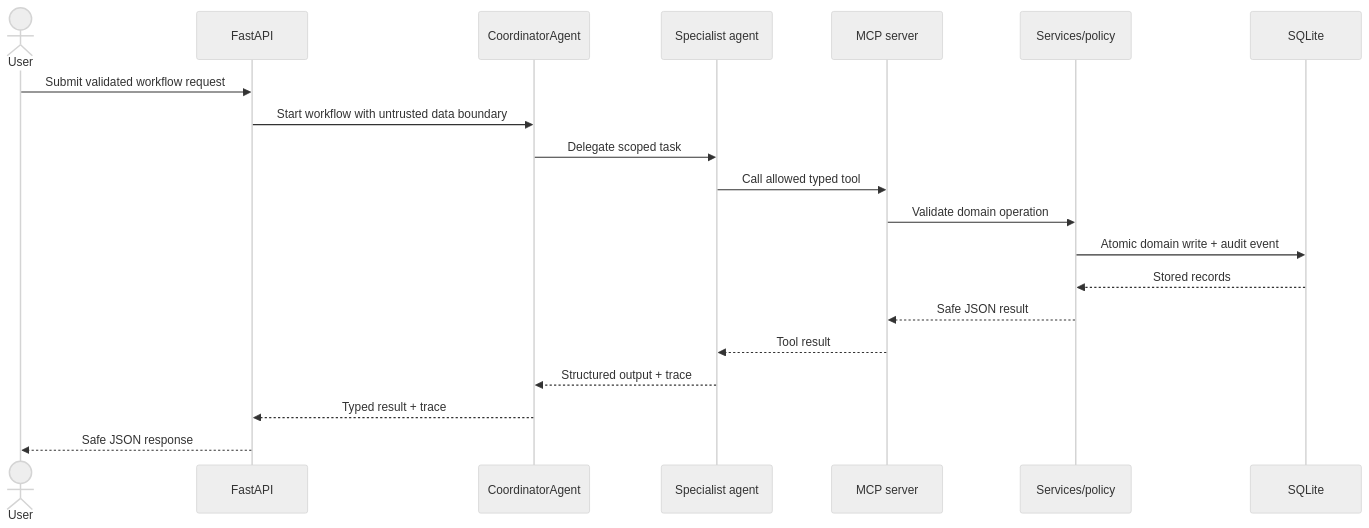
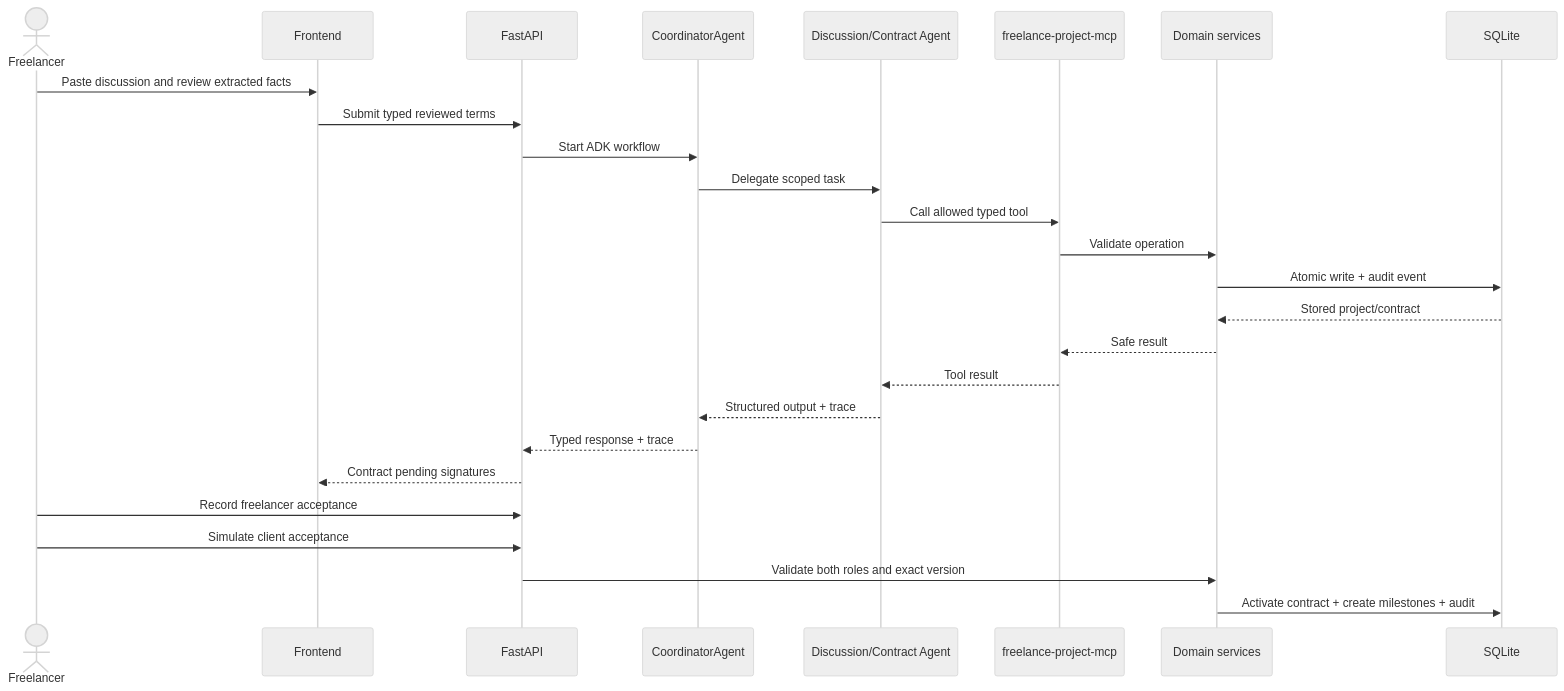
One commit to chaziyu/freelance-shield-ai changed the second of 3 diagrams in docs/ARCHITECTURE.md. Above: the diagram before and after it, drawn with Mermaid (neutral theme). The commit also changed other lines of this file and 8 other files, not shown here.

Commit message:
docs: revise product as contract-driven communication agent

````diff
--- a/docs/ARCHITECTURE.md
+++ b/docs/ARCHITECTURE.md
@@ -68,23 +73,29 @@
 ```mermaid
 sequenceDiagram
-    actor U as User
+    actor F as Freelancer
+    participant UI as Frontend
     participant API as FastAPI
     participant C as CoordinatorAgent
-    participant A as Specialist agent
-    participant M as MCP server
-    participant S as Services/policy
-    participant D as SQLite
+    participant A as Discussion/Contract Agent
+    participant MCP as freelance-project-mcp
+    participant S as Domain services
+    participant DB as SQLite
 
-    U->>API: Submit validated workflow request
-    API->>C: Start workflow with untrusted data boundary
+    F->>UI: Paste discussion and review extracted facts
+    UI->>API: Submit typed reviewed terms
+    API->>C: Start ADK workflow
     C->>A: Delegate scoped task
-    A->>M: Call allowed typed tool
-    M->>S: Validate domain operation
-    S->>D: Atomic domain write + audit event
-    D-->>S: Stored records
-    S-->>M: Safe JSON result
-    M-->>A: Tool result
+    A->>MCP: Call allowed typed tool
+    MCP->>S: Validate operation
+    S->>DB: Atomic write + audit event
+    DB-->>S: Stored project/contract
+    S-->>MCP: Safe result
+    MCP-->>A: Tool result
     A-->>C: Structured output + trace
-    C-->>API: Typed result + trace
-    API-->>U: Safe JSON response
+    C-->>API: Typed response + trace
+    API-->>UI: Contract pending signatures
+    F->>API: Record freelancer acceptance
+    F->>API: Simulate client acceptance
+    API->>S: Validate both roles and exact version
+    S->>DB: Activate contract + create milestones + audit
 ```
````
